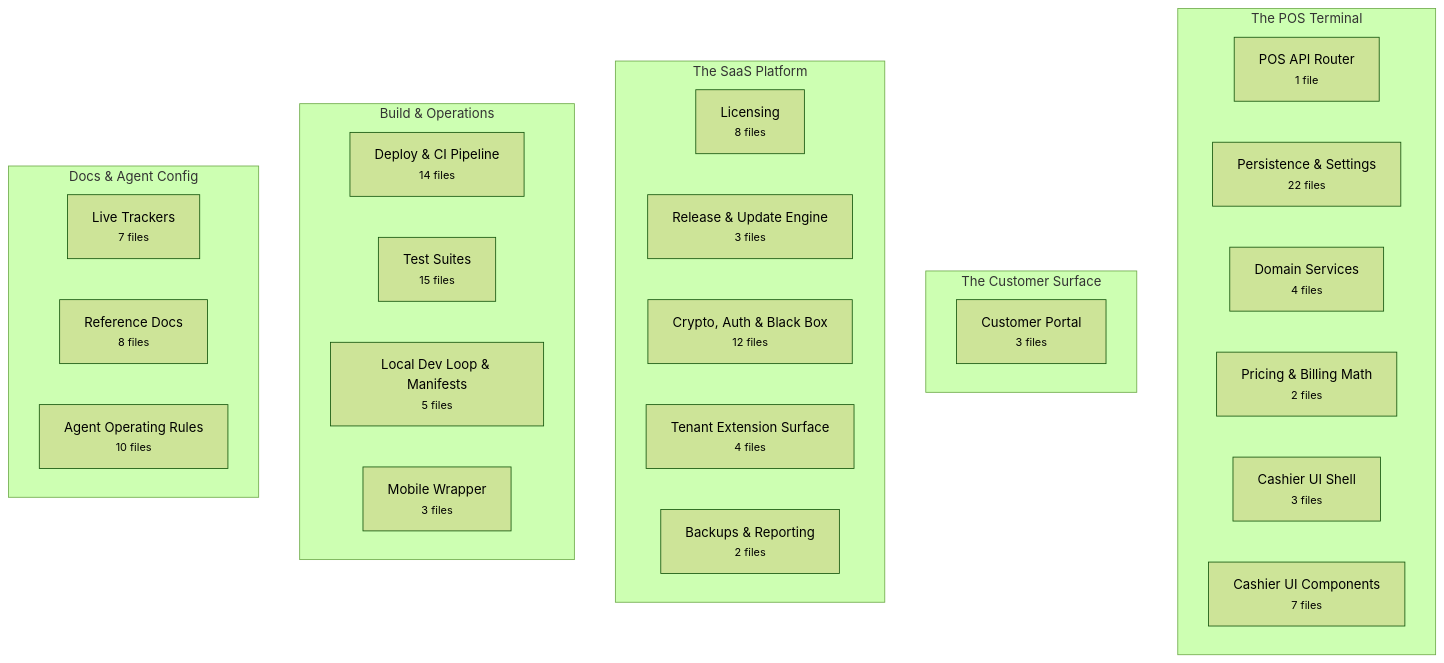
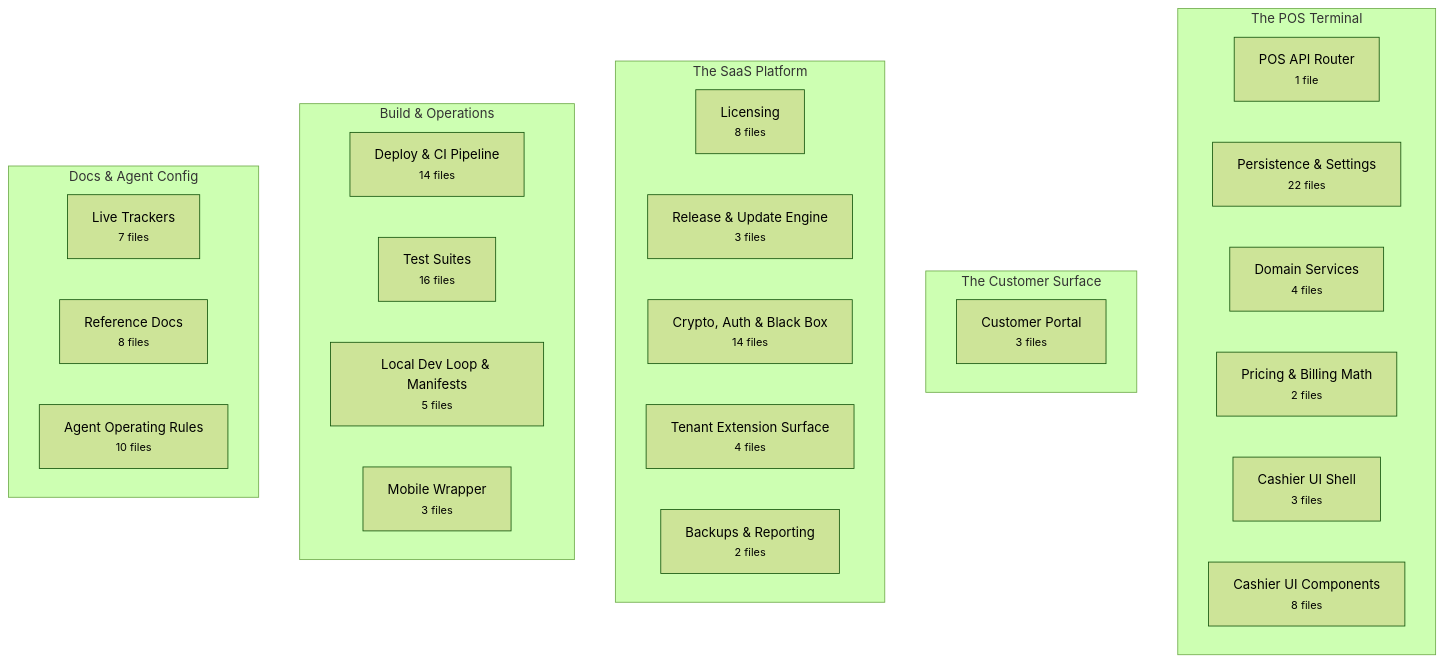
One commit to Vishalnayak226/gold_pos changed the first of 2 diagrams in docs/brain/BRAIN.md. Above: the diagram before and after it, drawn with Mermaid (forest theme). The commit also changed other lines of this file and 15 other files, not shown here.

````diff
--- a/docs/brain/BRAIN.md
+++ b/docs/brain/BRAIN.md
@@ -20,37 +20,37 @@
 ```mermaid
 flowchart TB
   subgraph pos["The POS Terminal"]
     direction LR
     pos_api["POS API Router<br/><small>1 file</small>"]
     persistence["Persistence & Settings<br/><small>22 files</small>"]
     domain_services["Domain Services<br/><small>4 files</small>"]
     pricing["Pricing & Billing Math<br/><small>2 files</small>"]
     pos_ui["Cashier UI Shell<br/><small>3 files</small>"]
-    pos_components["Cashier UI Components<br/><small>7 files</small>"]
+    pos_components["Cashier UI Components<br/><small>8 files</small>"]
   end
   subgraph customer["The Customer Surface"]
     direction LR
     customer_portal["Customer Portal<br/><small>3 files</small>"]
   end
   subgraph platform["The SaaS Platform"]
     direction LR
     licensing["Licensing<br/><small>8 files</small>"]
     updates["Release & Update Engine<br/><small>3 files</small>"]
-    security["Crypto, Auth & Black Box<br/><small>12 files</small>"]
+    security["Crypto, Auth & Black Box<br/><small>14 files</small>"]
     extensions["Tenant Extension Surface<br/><small>4 files</small>"]
     maintenance["Backups & Reporting<br/><small>2 files</small>"]
   end
   subgraph ops["Build & Operations"]
     direction LR
     deploy["Deploy & CI Pipeline<br/><small>14 files</small>"]
-    tests["Test Suites<br/><small>15 files</small>"]
+    tests["Test Suites<br/><small>16 files</small>"]
     dev_loop["Local Dev Loop & Manifests<br/><small>5 files</small>"]
     mobile["Mobile Wrapper<br/><small>3 files</small>"]
   end
   subgraph knowledge["Docs & Agent Config"]
     direction LR
     trackers["Live Trackers<br/><small>7 files</small>"]
     reference["Reference Docs<br/><small>8 files</small>"]
     agent_config["Agent Operating Rules<br/><small>10 files</small>"]
   end
 ```
````
